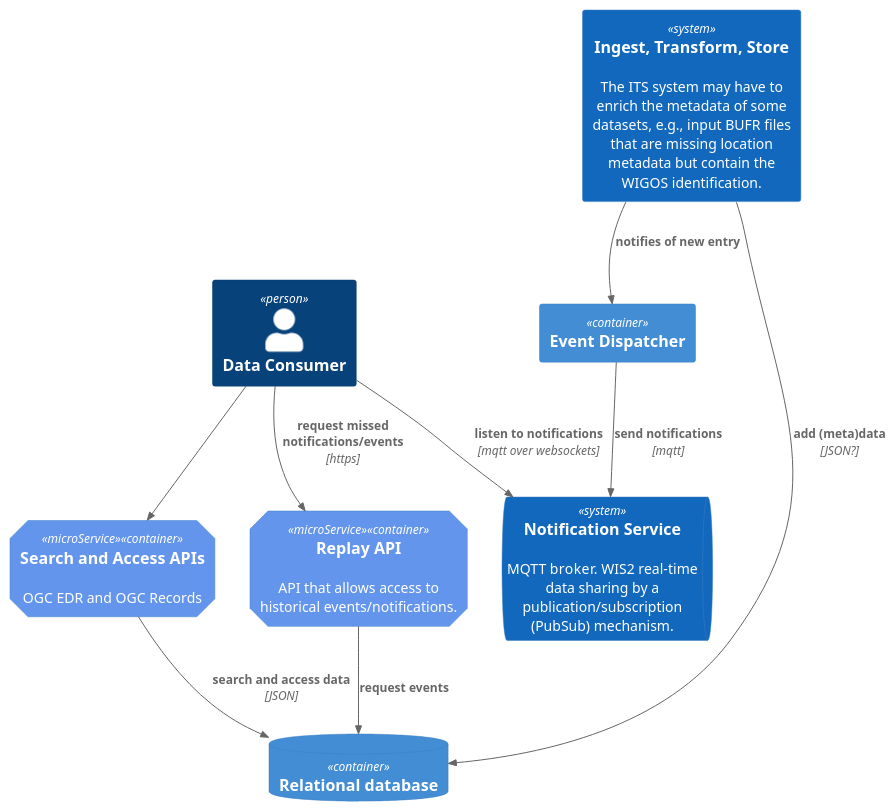
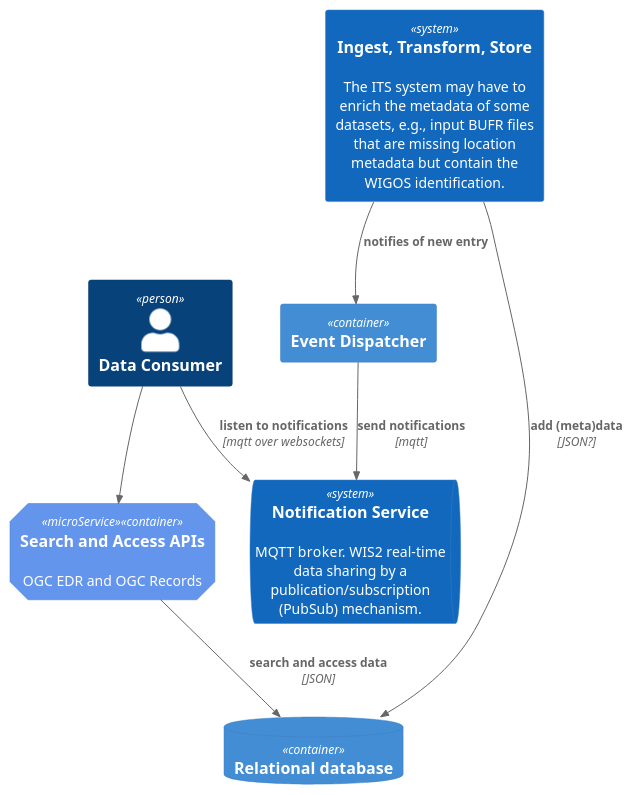
Before and after one commit to EURODEO/e-soh-poc-report: the diagram in poc-experiments/datastore-choices/container-relational-store-conventional.puml, drawn with PlantUML. The commit also changed 2 other files, not shown here.

Commit message:
Remove replay-api

```diff
--- a/poc-experiments/datastore-choices/container-relational-store-conventional.puml
+++ b/poc-experiments/datastore-choices/container-relational-store-conventional.puml
@@ -1,29 +1,26 @@
 @startuml "c4-container-relational-data-store"
 !include https://raw.githubusercontent.com/plantuml-stdlib/C4-PlantUML/master/C4_Container.puml
 
 '2C
 
 AddElementTag("microService", $shape=EightSidedShape(), $bgColor="CornflowerBlue", $fontColor="white", $legendText="micro service\neight sided")
 
 Person(consumer, "Data Consumer")
 
 System(its, "Ingest, Transform, Store", "The ITS system may have to enrich the metadata of some datasets, e.g., input BUFR files that are missing location metadata but contain the WIGOS identification.")
 
 SystemQueue(queue, "Notification Service", "MQTT broker. WIS2 real-time data sharing by a publication/subscription (PubSub) mechanism.")
 
-Container(replay, "Replay API", "", "API that allows access to historical events/notifications.", $tags = "microService")
 Container(edr, "Search and Access APIs", "", "OGC EDR and OGC Records", $tags = "microService")
 ContainerDb(db, "Relational database")
 Container(eventsender, "Event Dispatcher")
 Rel(its, db, "add (meta)data", "JSON?")
 Rel(its, eventsender, "notifies of new entry")
 Rel(eventsender, queue, "send notifications", "mqtt")
-Rel(replay, db, "request events", "")
 
 Rel(consumer, queue, "listen to notifications", "mqtt over websockets")
-Rel(consumer, replay, "request missed notifications/events", "https")
 
 Rel(edr, db, "search and access data", "JSON")
 Rel(consumer, edr, "", "")
 
 @enduml
```
